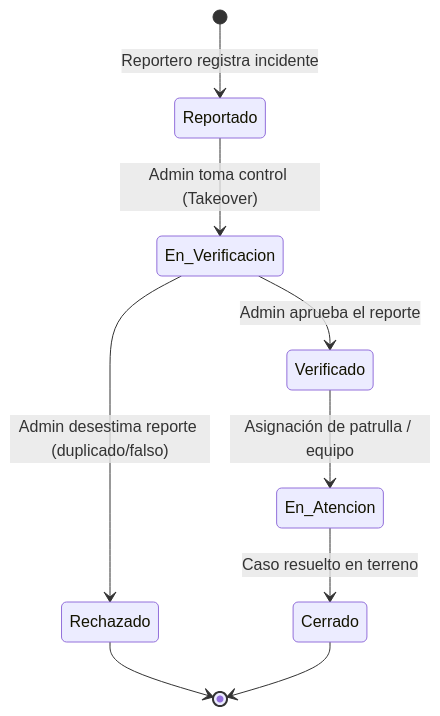
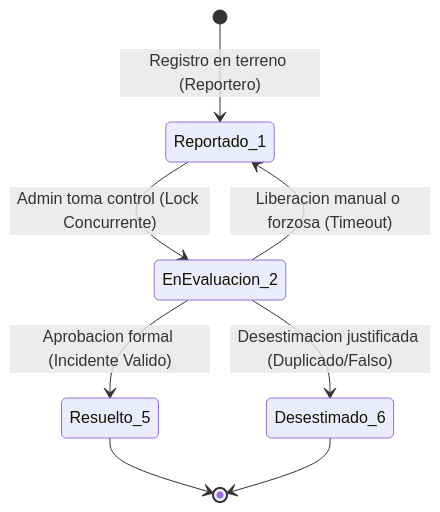
The first of 2 diagrams in documentacion/02_gestion_incidentes_y_cola_compartida.md (DF-VeraP/SIGI), drawn with Mermaid before and after one commit. The commit also changed other lines of this file and 50 other files, not shown here.

````diff
--- a/documentacion/02_gestion_incidentes_y_cola_compartida.md
+++ b/documentacion/02_gestion_incidentes_y_cola_compartida.md
@@ -17,11 +17,10 @@
 ```mermaid
 stateDiagram-v2
-    [*] --> Reportado : Reportero registra incidente
-    Reportado --> En_Verificacion : Admin toma control (Takeover)
-    En_Verificacion --> Verificado : Admin aprueba el reporte
-    En_Verificacion --> Rechazado : Admin desestima reporte (duplicado/falso)
-    Verificado --> En_Atencion : Asignación de patrulla / equipo
-    En_Atencion --> Cerrado : Caso resuelto en terreno
-    Rechazado --> [*]
-    Cerrado --> [*]
+    [*] --> Reportado_1 : Registro en terreno (Reportero)
+    Reportado_1 --> EnEvaluacion_2 : Admin toma control (Lock Concurrente)
+    EnEvaluacion_2 --> Resuelto_5 : Aprobacion formal (Incidente Valido)
+    EnEvaluacion_2 --> Desestimado_6 : Desestimacion justificada (Duplicado/Falso)
+    EnEvaluacion_2 --> Reportado_1 : Liberacion manual o forzosa (Timeout)
+    Resuelto_5 --> [*]
+    Desestimado_6 --> [*]
 ```
````
